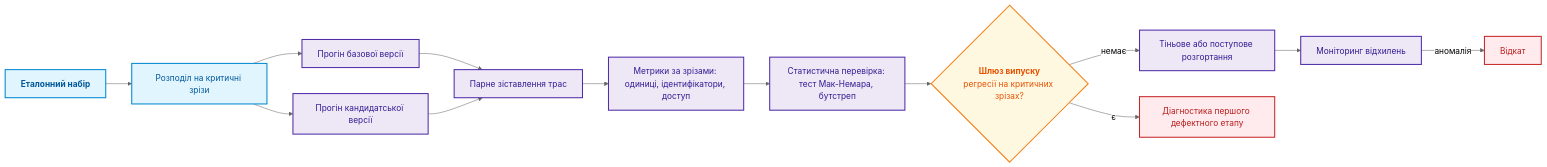
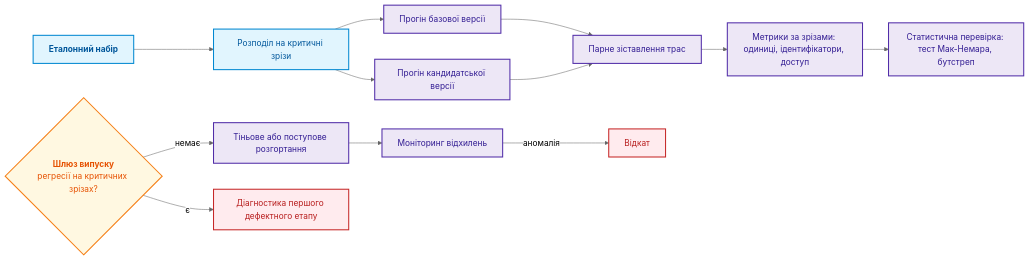
The seventh of 8 diagrams in ExpertSystem/ch19-from-question-to-evidence.md (nick-fedchik/articles), drawn with Mermaid (neutral theme) before and after one commit. The commit also changed other lines of this file and 4 other files, not shown here.

````diff
--- a/ExpertSystem/ch19-from-question-to-evidence.md
+++ b/ExpertSystem/ch19-from-question-to-evidence.md
@@ -600,28 +608,28 @@
 ```mermaid
 flowchart LR
     accTitle: Регресійне оцінювання конвеєра здобуття знань
     accDescr: Базову й кандидатську версії запускають на тих самих зрізах еталонного набору, порівнюють парно, перевіряють статистично й допускають до тіньового розгортання з можливістю відкату.
 
     M["<b>Еталонний набір</b>"] --> SPLIT["Розподіл на критичні зрізи"]
     SPLIT --> B["Прогін базової версії"]
     SPLIT --> C["Прогін кандидатської версії"]
     B --> PAIR["Парне зіставлення трас"]
     C --> PAIR
     PAIR --> SL["Метрики за зрізами: одиниці, ідентифікатори, доступ"]
     SL --> STAT["Статистична перевірка: тест Мак-Немара, бутстреп"]
-    STAT --> GATE{"<b>Шлюз випуску</b><br/>регресії на критичних зрізах?"}
+    GATE{"<b>Шлюз випуску</b><br/>регресії на критичних зрізах?"}
     GATE -->|немає| SHADOW["Тіньове або поступове розгортання"]
     GATE -->|є| DIAG["Діагностика першого дефектного етапу"]
     SHADOW --> MON["Моніторинг відхилень"]
     MON -->|аномалія| ROLL["Відкат"]
 
     classDef src fill:#e1f5fe,stroke:#0288d1,stroke-width:2px,color:#01579b;
     classDef run fill:#ede7f6,stroke:#512da8,stroke-width:2px,color:#311b92;
     classDef gate fill:#fff8e1,stroke:#f57f17,stroke-width:2px,color:#e65100;
     classDef err fill:#ffebee,stroke:#c62828,stroke-width:2px,color:#b71c1c;
 
     class M,SPLIT src;
     class B,C,PAIR,SL,STAT,SHADOW,MON run;
     class GATE gate;
     class DIAG,ROLL err;
 ```
````
